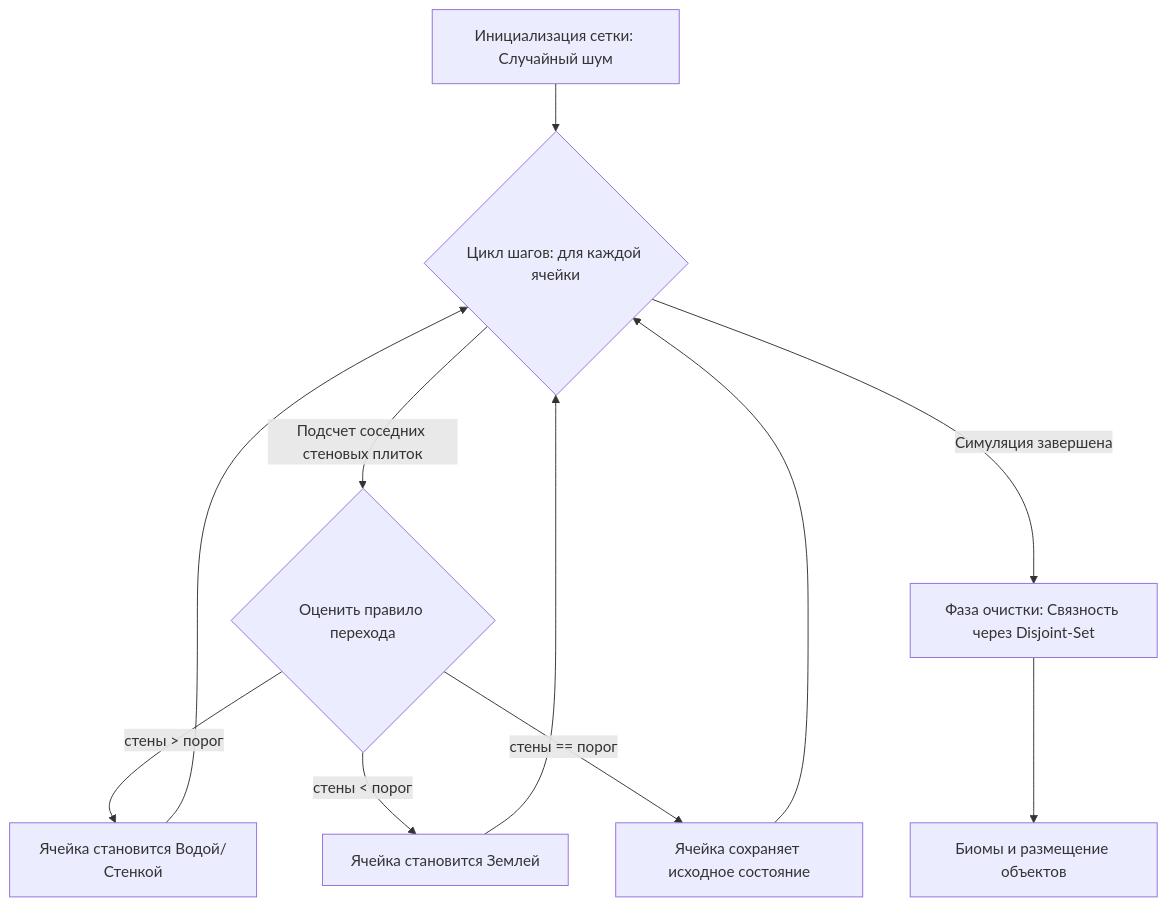
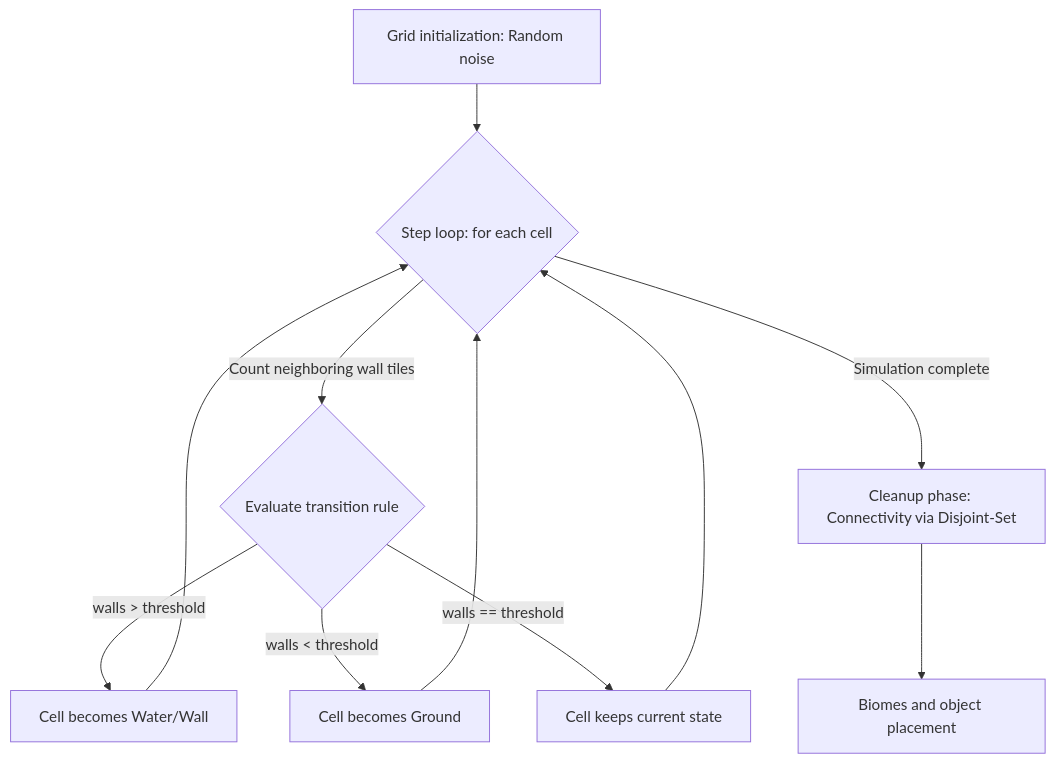
Before and after one commit to Holizer/procgen-lab: the second of 3 diagrams in README.ru.md, drawn with Mermaid. The commit also changed other lines of this file and 1 other file, not shown here.

````diff
--- a/README.ru.md
+++ b/README.ru.md
@@ -66,13 +70,13 @@
 ```mermaid
 graph TD
-	A[Инициализация сетки: Случайный шум] --> B{Цикл шагов: для каждой ячейки};
-	B -- Подсчет соседних стеновых плиток --> C{Оценить правило перехода};
-	C -- стены > порог --> D[Ячейка становится Водой/Стенкой];
-	C -- стены < порог --> E[Ячейка становится Землей];
-	C -- стены == порог --> F[Ячейка сохраняет исходное состояние];
+	A[Grid initialization: Random noise] --> B{Step loop: for each cell};
+	B -- Count neighboring wall tiles --> C{Evaluate transition rule};
+	C -- walls > threshold --> D[Cell becomes Water/Wall];
+	C -- walls < threshold --> E[Cell becomes Ground];
+	C -- walls == threshold --> F[Cell keeps current state];
 	F --> B;
 	D --> B;
 	E --> B;
-	B -- Симуляция завершена --> G[Фаза очистки: Связность через Disjoint-Set];
-	G --> H[Биомы и размещение объектов];
+	B -- Simulation complete --> G[Cleanup phase: Connectivity via Disjoint-Set];
+	G --> H[Biomes and object placement];
 ```
````
